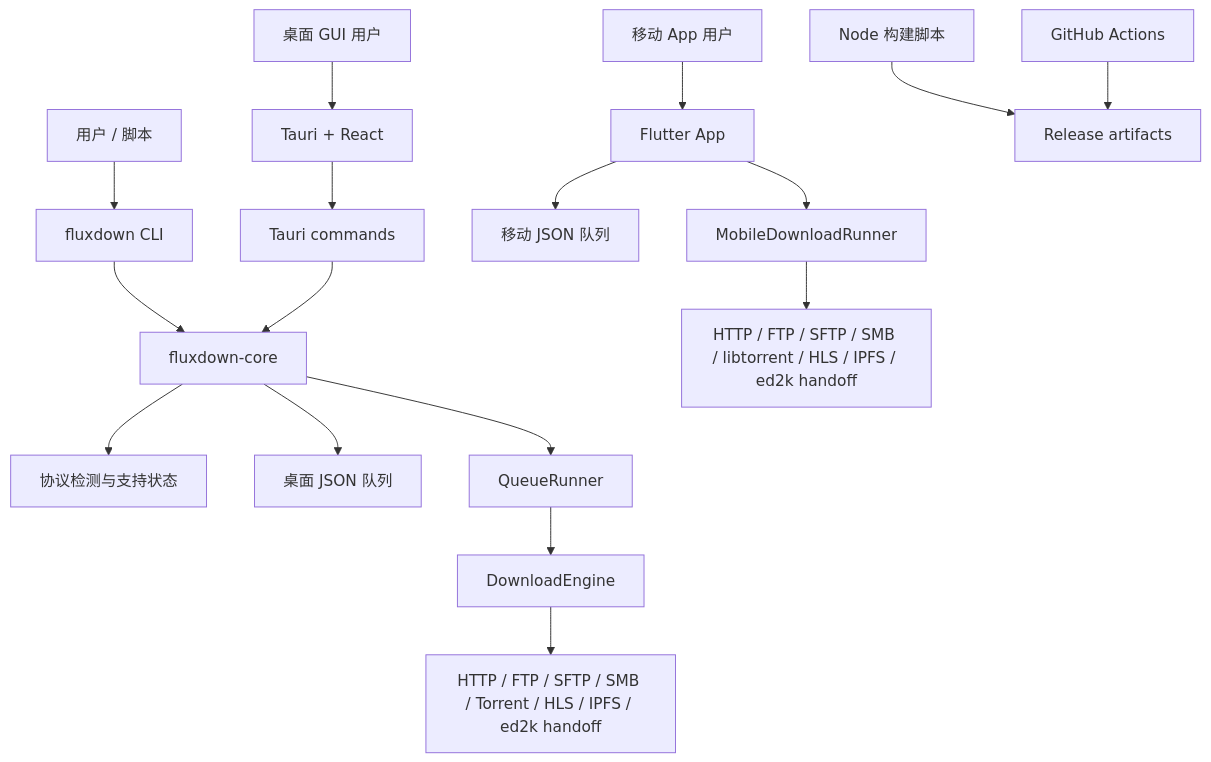
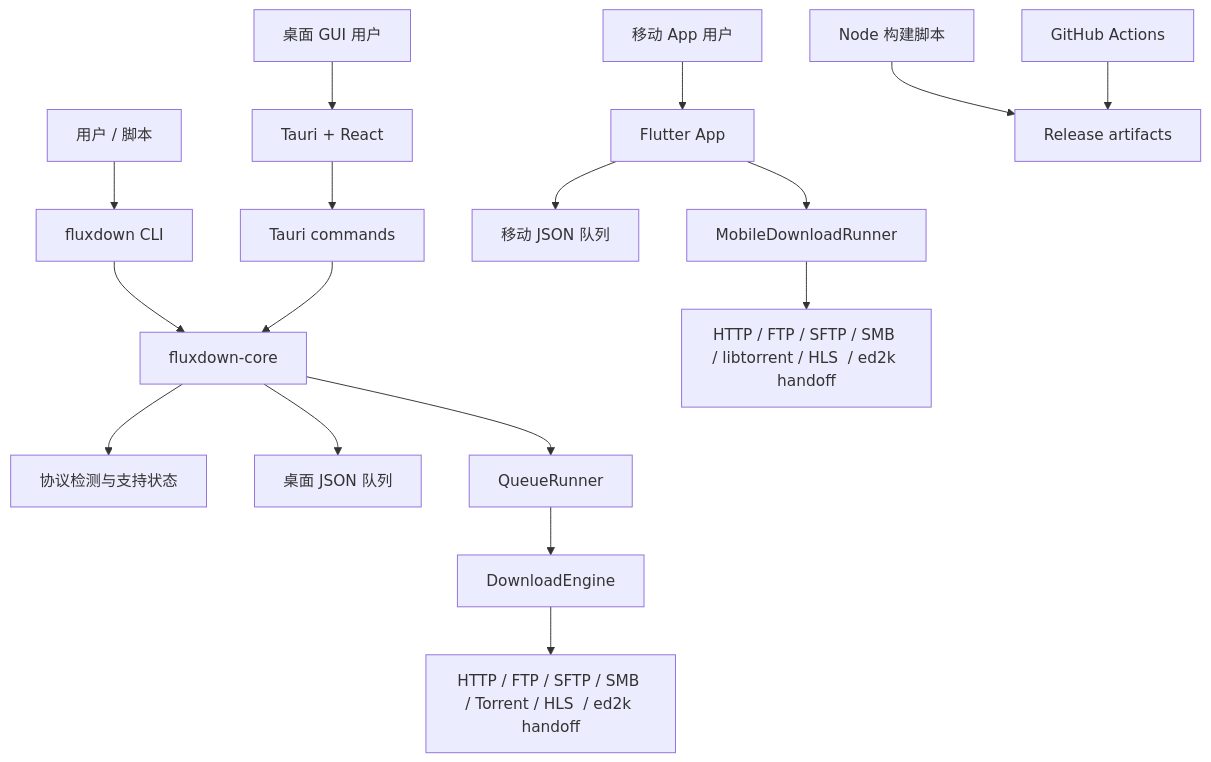
One commit to lonnnnnng/fluxdown changed the first of 3 diagrams in docs/architecture.md. Above: the diagram before and after it, drawn with Mermaid. The commit also changed other lines of this file and 45 other files, not shown here.

````diff
--- a/docs/architecture.md
+++ b/docs/architecture.md
@@ -13,23 +13,23 @@
 ```mermaid
 flowchart TD
     UserCLI["用户 / 脚本"] --> CLI["fluxdown CLI"]
     UserDesktop["桌面 GUI 用户"] --> Desktop["Tauri + React"]
     UserMobile["移动 App 用户"] --> Mobile["Flutter App"]
 
     CLI --> Core["fluxdown-core"]
     Desktop --> TauriCommands["Tauri commands"]
     TauriCommands --> Core
 
     Core --> Protocol["协议检测与支持状态"]
     Core --> Store["桌面 JSON 队列"]
     Core --> Runner["QueueRunner"]
     Runner --> Engine["DownloadEngine"]
-    Engine --> DesktopBackends["HTTP / FTP / SFTP / SMB / Torrent / HLS / IPFS / ed2k handoff"]
+    Engine --> DesktopBackends["HTTP / FTP / SFTP / SMB / Torrent / HLS  / ed2k handoff"]
 
     Mobile --> MobileStore["移动 JSON 队列"]
     Mobile --> MobileRunner["MobileDownloadRunner"]
-    MobileRunner --> MobileBackends["HTTP / FTP / SFTP / SMB / libtorrent / HLS / IPFS / ed2k handoff"]
+    MobileRunner --> MobileBackends["HTTP / FTP / SFTP / SMB / libtorrent / HLS  / ed2k handoff"]
 
     Scripts["Node 构建脚本"] --> Artifacts["Release artifacts"]
     CI["GitHub Actions"] --> Artifacts
 ```
````
